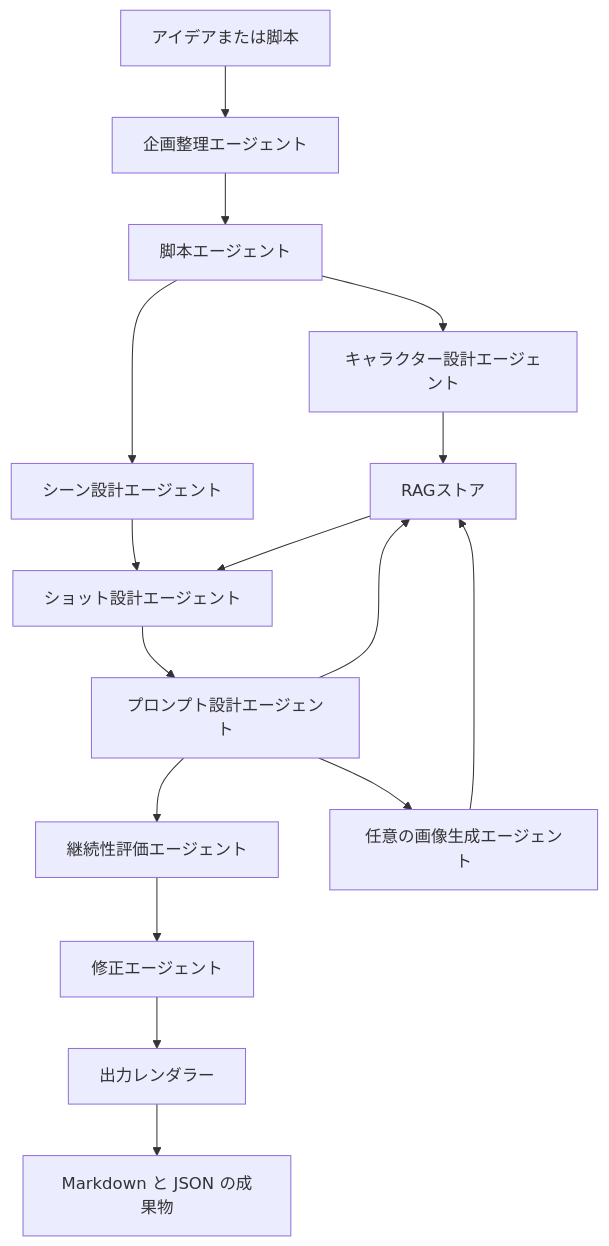
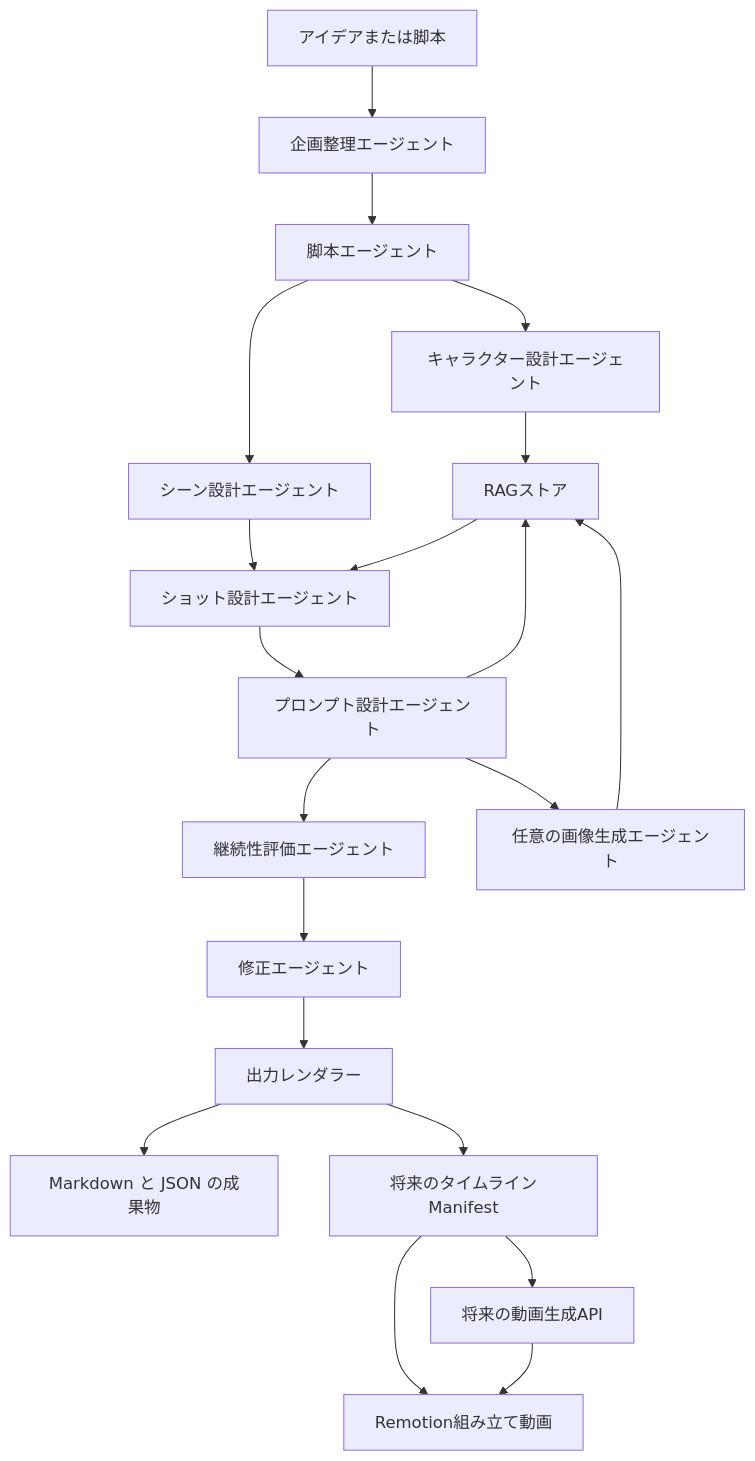
One commit to Foo53/VIMAX_LITE changed the diagram in docs/architecture.md. Above: the diagram before and after it, drawn with Mermaid. The commit also changed other lines of this file and 3 other files, not shown here.

````diff
--- a/docs/architecture.md
+++ b/docs/architecture.md
@@ -3,18 +3,22 @@
 ```mermaid
 flowchart TD
   A[アイデアまたは脚本] --> B[企画整理エージェント]
   B --> C[脚本エージェント]
   C --> D[キャラクター設計エージェント]
   D --> E[RAGストア]
   C --> F[シーン設計エージェント]
   F --> G[ショット設計エージェント]
   E --> G
   G --> H[プロンプト設計エージェント]
   H --> E
   H --> I[継続性評価エージェント]
   I --> J[修正エージェント]
   J --> K[出力レンダラー]
   H --> L[任意の画像生成エージェント]
   L --> E
   K --> M[Markdown と JSON の成果物]
+  K --> N[将来のタイムラインManifest]
+  N --> O[Remotion組み立て動画]
+  N --> P[将来の動画生成API]
+  P --> O
 ```
````
